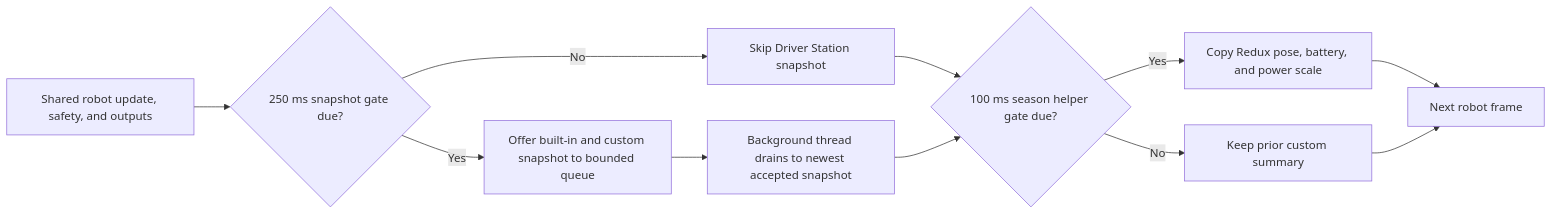
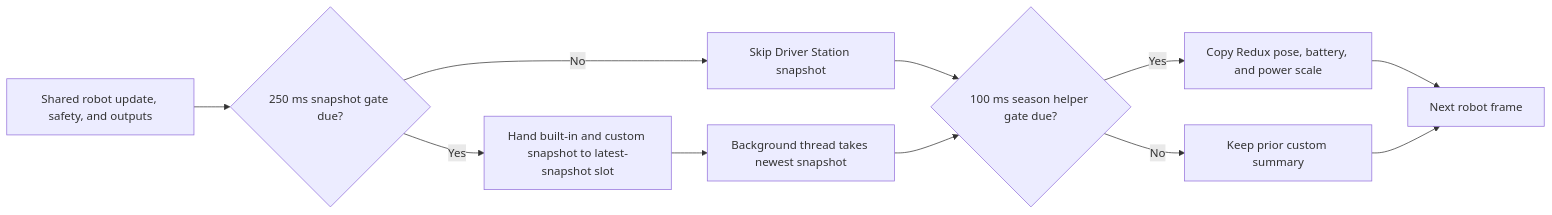
Before and after one commit to ARES-23247/ARESWEB: the diagram in content/learning/current-robot/04-driver-station-telemetry.md, drawn with Mermaid. The commit also changed other lines of this file and 65 other files, not shown here.

````diff
--- a/content/learning/current-robot/04-driver-station-telemetry.md
+++ b/content/learning/current-robot/04-driver-station-telemetry.md
@@ -80,14 +80,14 @@
 ```mermaid
 %% aria: Each robot frame updates shared control and safety first. The shared FTC telemetry manager may queue a Driver Station snapshot at its 250 millisecond gate. The season helper then may refresh custom summary fields at its 100 millisecond gate. A background thread sends the newest accepted snapshot while control continues independently.
 flowchart LR
   A["Shared robot update, safety, and outputs"] --> B{"250 ms snapshot gate due?"}
-  B -->|"Yes"| C["Offer built-in and custom snapshot to bounded queue"]
+  B -->|"Yes"| C["Hand built-in and custom snapshot to latest-snapshot slot"]
   B -->|"No"| D["Skip Driver Station snapshot"]
-  C --> E["Background thread drains to newest accepted snapshot"]
+  C --> E["Background thread takes newest snapshot"]
   D --> F{"100 ms season helper gate due?"}
   E --> F
   F -->|"Yes"| G["Copy Redux pose, battery, and power scale"]
   F -->|"No"| H["Keep prior custom summary"]
   G --> I["Next robot frame"]
   H --> I
 ```
````
